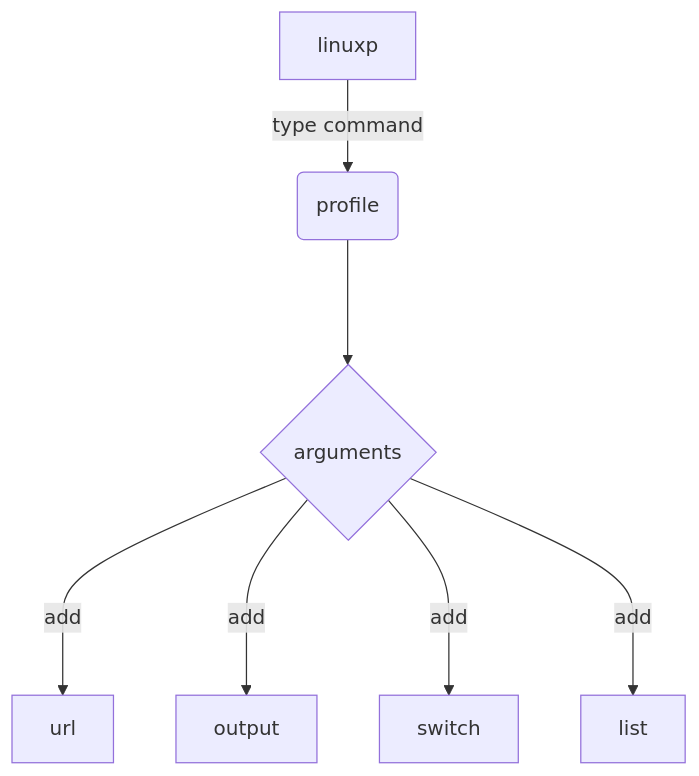
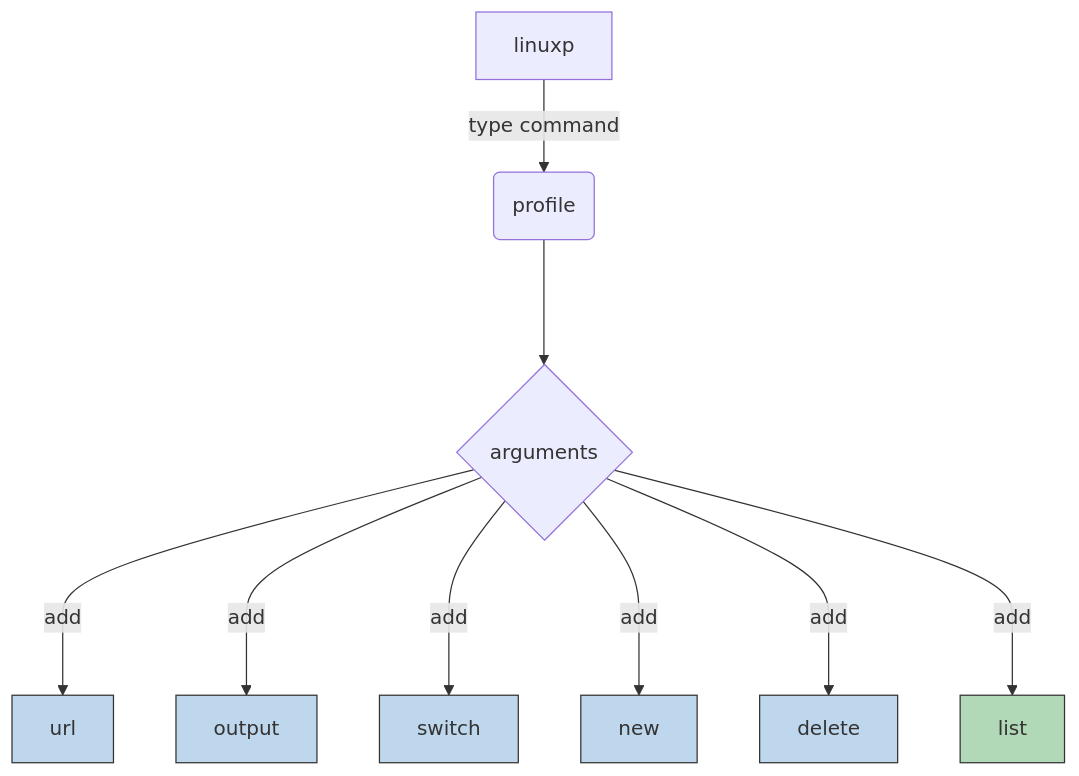
Before and after one commit to linux-profile/linux-profile: the diagram in docs/nav/commands/profile/index.md, drawn with Mermaid. The commit also changed other lines of this file and 3 other files, not shown here.

````diff
--- a/docs/nav/commands/profile/index.md
+++ b/docs/nav/commands/profile/index.md
@@ -30,9 +32,18 @@
 ``` mermaid
 graph TD
     L[linuxp] -->|type command| p(profile)
     p ---> option_p{arguments}
     option_p --->|add| arg_p_url[url]
     option_p --->|add| arg_p_output[output]
     option_p --->|add| arg_p_switch[switch]
+    option_p --->|add| arg_p_new[new]
+    option_p --->|add| arg_p_delete[delete]
     option_p --->|add| arg_p_list[list]
+
+    style arg_p_url fill:#BFD7ED,stroke:#333
+    style arg_p_output fill:#BFD7ED,stroke:#333
+    style arg_p_switch fill:#BFD7ED,stroke:#333
+    style arg_p_new fill:#BFD7ED,stroke:#333
+    style arg_p_delete fill:#BFD7ED,stroke:#333
+    style arg_p_list fill:#B1D8B7,stroke:#333
 ```
````
